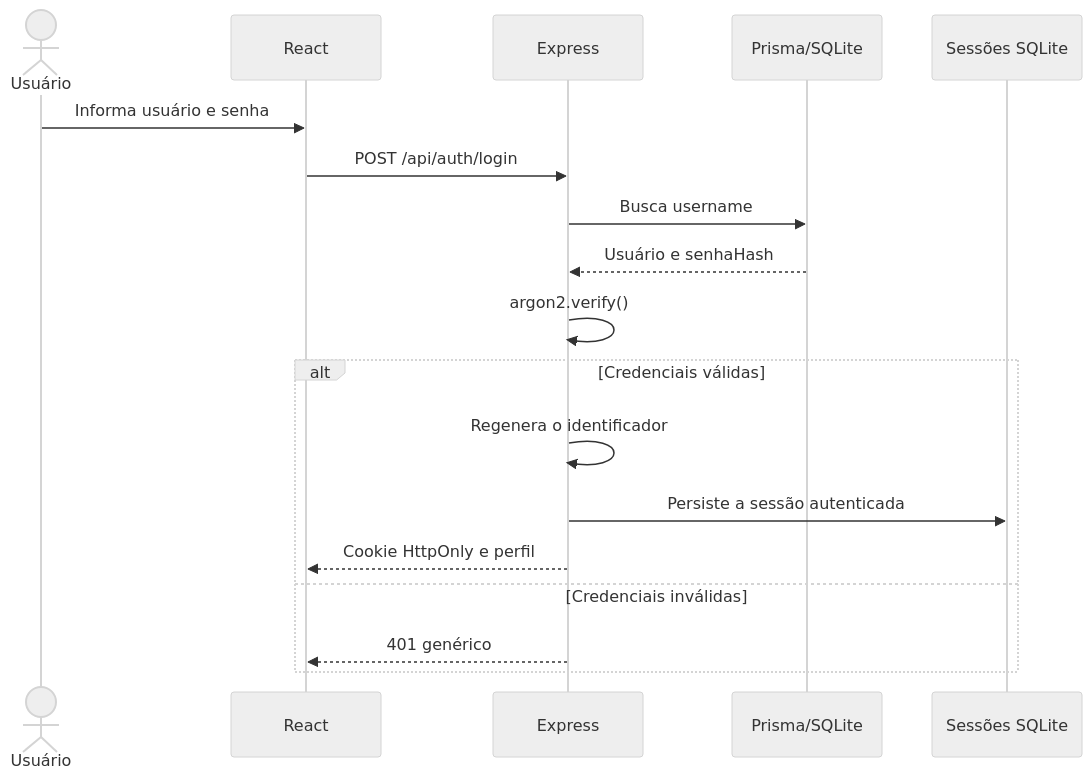
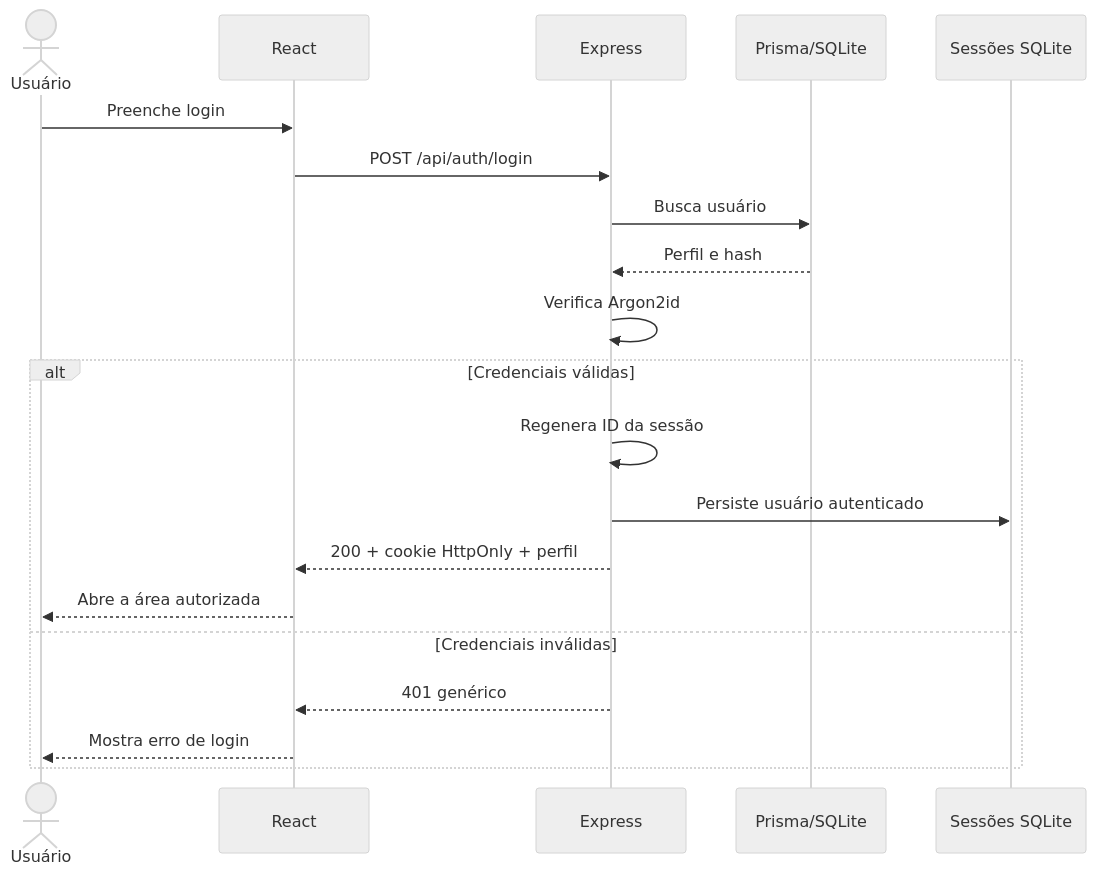
One commit to MrTicos/sistema-matricula-cincoders changed the diagram in docs/arquitetura/autenticacao.md. Above: the diagram before and after it, drawn with Mermaid (neutral theme). The commit also changed other lines of this file and 11 other files, not shown here.

````diff
--- a/docs/arquitetura/autenticacao.md
+++ b/docs/arquitetura/autenticacao.md
@@ -28,20 +36,22 @@
 ```mermaid
 sequenceDiagram
     actor U as Usuário
     participant W as React
     participant A as Express
     participant D as Prisma/SQLite
     participant S as Sessões SQLite
-    U->>W: Informa usuário e senha
+    U->>W: Preenche login
     W->>A: POST /api/auth/login
-    A->>D: Busca username
-    D-->>A: Usuário e senhaHash
-    A->>A: argon2.verify()
+    A->>D: Busca usuário
+    D-->>A: Perfil e hash
+    A->>A: Verifica Argon2id
     alt Credenciais válidas
-        A->>A: Regenera o identificador
-        A->>S: Persiste a sessão autenticada
-        A-->>W: Cookie HttpOnly e perfil
+        A->>A: Regenera ID da sessão
+        A->>S: Persiste usuário autenticado
+        A-->>W: 200 + cookie HttpOnly + perfil
+        W-->>U: Abre a área autorizada
     else Credenciais inválidas
         A-->>W: 401 genérico
+        W-->>U: Mostra erro de login
     end
 ```
````
